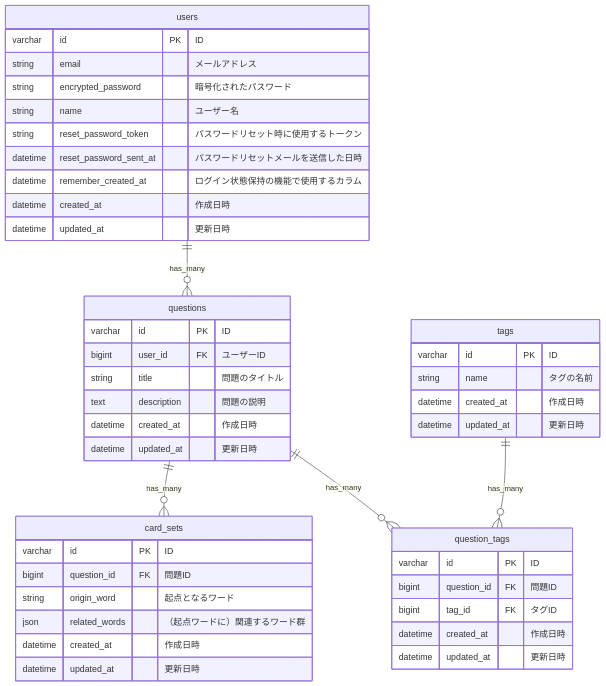
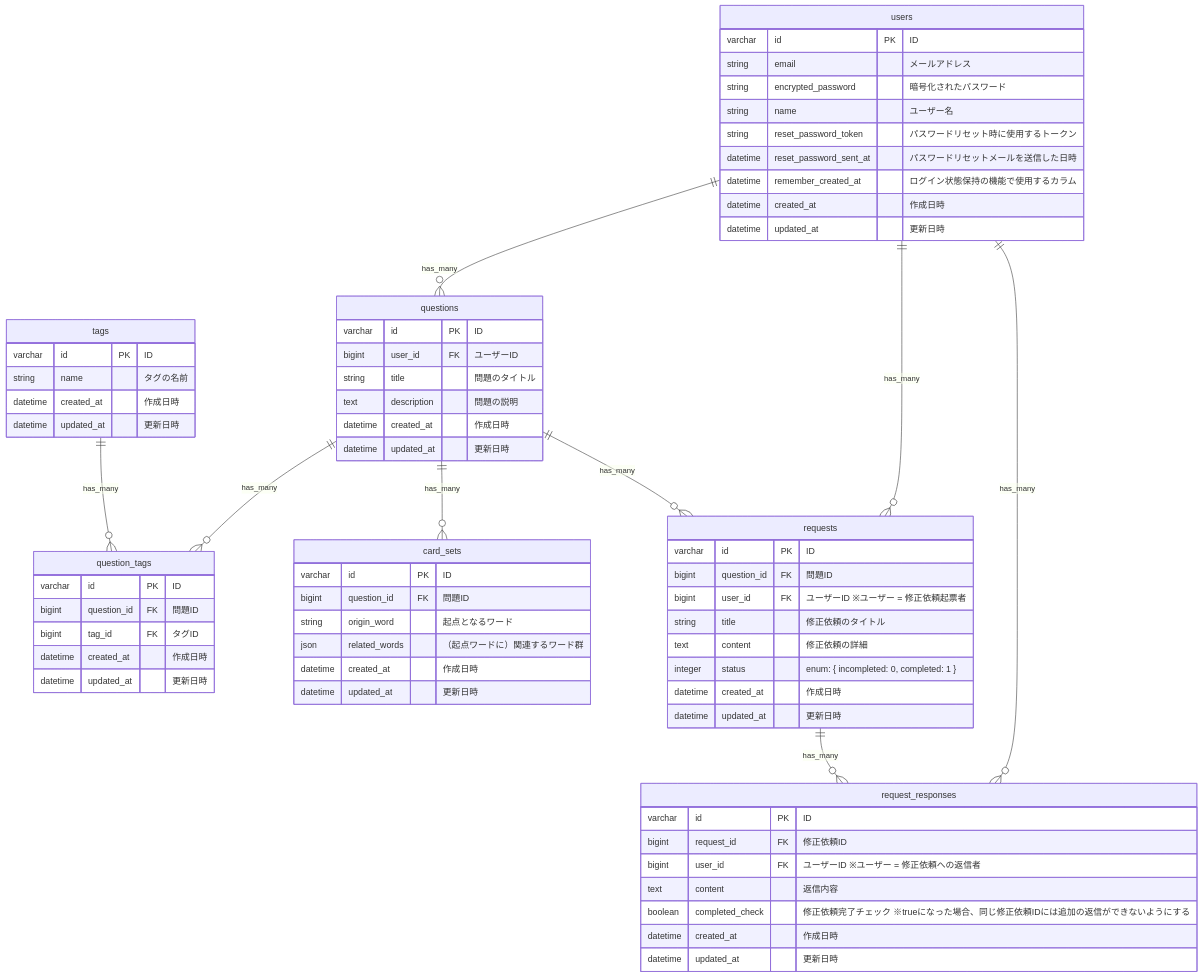
The diagram in README.md (mo-land/NeuroWord), drawn with Mermaid before and after one commit.

Commit message:
add:ER図に修正依頼関連のテーブルを追加

````diff
--- a/README.md
+++ b/README.md
@@ -159,53 +159,78 @@
 ```mermaid
 erDiagram
     users {
         varchar id PK "ID"
         string email "メールアドレス"
         string encrypted_password "暗号化されたパスワード"
         string name "ユーザー名"
         string reset_password_token "パスワードリセット時に使用するトークン"
         datetime reset_password_sent_at "パスワードリセットメールを送信した日時"
         datetime remember_created_at "ログイン状態保持の機能で使用するカラム"
         datetime created_at "作成日時"
         datetime updated_at "更新日時"
     }
 
     questions {
         varchar id PK "ID"
         bigint user_id FK "ユーザーID"
         string title "問題のタイトル"
         text description "問題の説明"
         datetime created_at "作成日時"
         datetime updated_at "更新日時"
     }
 
     tags {
         varchar id PK "ID"
         string name "タグの名前"
         datetime created_at "作成日時"
         datetime updated_at "更新日時"
     }
 
     question_tags {
         varchar id PK "ID"
         bigint question_id FK "問題ID"
         bigint tag_id FK "タグID"
         datetime created_at "作成日時"
         datetime updated_at "更新日時"
     }
 
     card_sets {
         varchar id PK "ID"
         bigint question_id FK "問題ID"
         string origin_word "起点となるワード"
         json related_words "（起点ワードに）関連するワード群"
         datetime created_at "作成日時"
         datetime updated_at "更新日時"
     }
 
+    requests {
+        varchar id PK "ID"
+        bigint question_id FK "問題ID"
+        bigint user_id FK "ユーザーID ※ユーザー = 修正依頼起票者"
+        string title "修正依頼のタイトル"
+        text content "修正依頼の詳細"
+        integer status "enum: { incompleted: 0, completed: 1 }"
+        datetime created_at "作成日時"
+        datetime updated_at "更新日時"
+    }
+
+    request_responses {
+        varchar id PK "ID"
+        bigint request_id FK "修正依頼ID"
+        bigint user_id FK "ユーザーID ※ユーザー = 修正依頼への返信者"
+        text content "返信内容"
+        boolean completed_check "修正依頼完了チェック ※trueになった場合、同じ修正依頼IDには追加の返信ができないようにする"
+        datetime created_at "作成日時"
+        datetime updated_at "更新日時"
+    }
+
     %% Relations
     users ||--o{ questions : "has_many"
+    users ||--o{ requests : "has_many"
+    users ||--o{ request_responses : "has_many"
     questions ||--o{ card_sets : "has_many"
     questions ||--o{ question_tags : "has_many"
+    questions ||--o{ requests : "has_many"
     tags ||--o{ question_tags : "has_many"
+    requests ||--o{ request_responses : "has_many"
 ```
````
